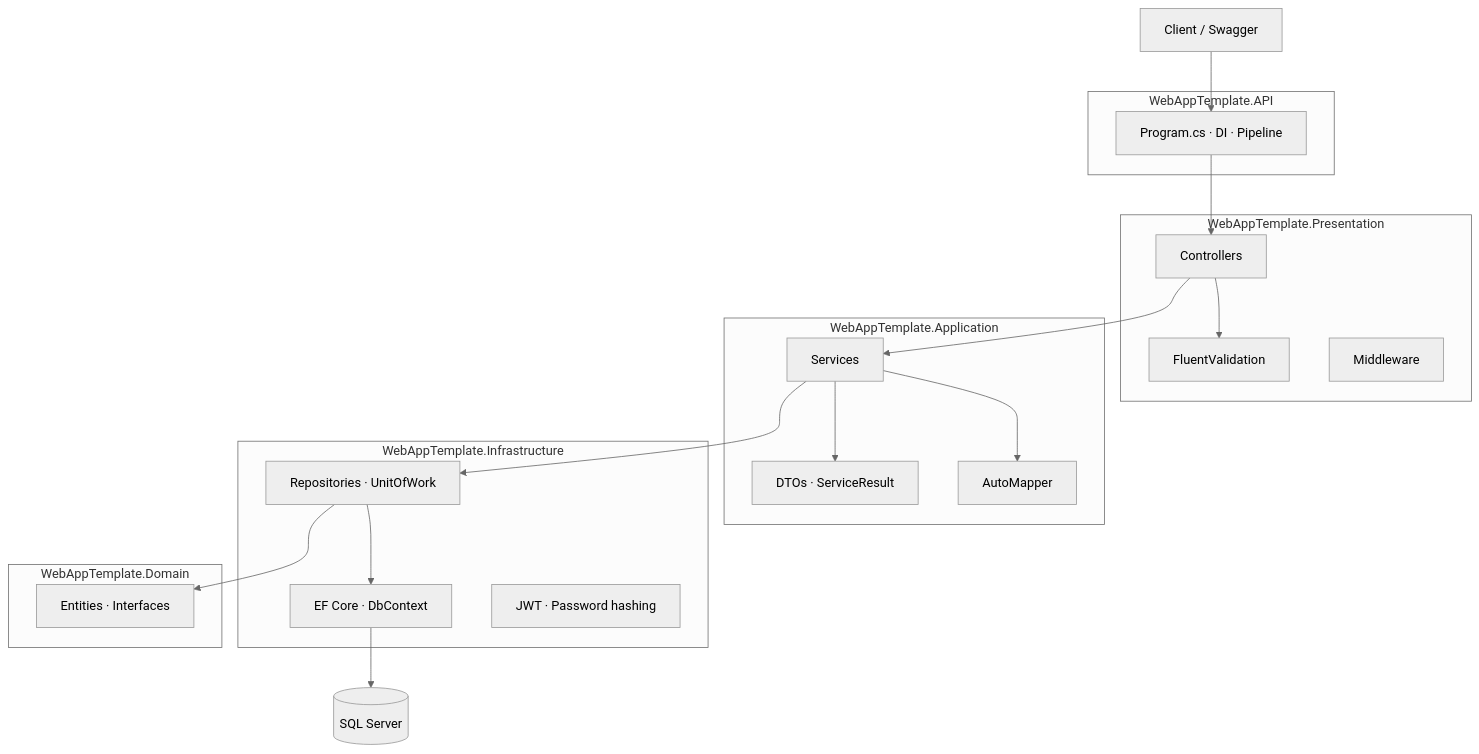
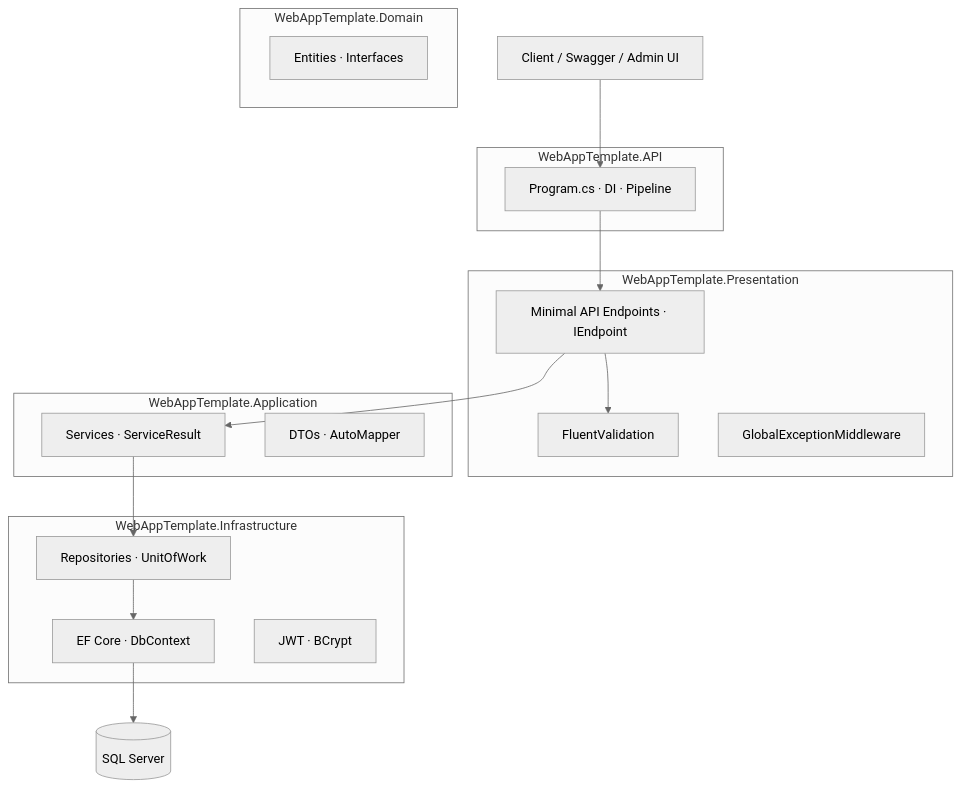
The diagram in README.md (bilalkhan190/WebAppTemplate), drawn with Mermaid (neutral theme) before and after one commit. The commit also changed other lines of this file and 52 other files, not shown here.

````diff
--- a/README.md
+++ b/README.md
@@ -28,43 +33,39 @@
 ```mermaid
 flowchart TB
-    Client["Client / Swagger"]
+    Client["Client / Swagger / Admin UI"]
 
     subgraph API["WebAppTemplate.API"]
         Program["Program.cs · DI · Pipeline"]
     end
 
     subgraph Presentation["WebAppTemplate.Presentation"]
-        Controllers["Controllers"]
+        Endpoints["Minimal API Endpoints · IEndpoint"]
         Validators["FluentValidation"]
-        Middleware["Middleware"]
+        Middleware["GlobalExceptionMiddleware"]
     end
 
     subgraph Application["WebAppTemplate.Application"]
-        Services["Services"]
-        DTOs["DTOs · ServiceResult"]
-        Mapper["AutoMapper"]
+        Services["Services · ServiceResult"]
+        DTOs["DTOs · AutoMapper"]
     end
 
     subgraph Infrastructure["WebAppTemplate.Infrastructure"]
         EF["EF Core · DbContext"]
         Repos["Repositories · UnitOfWork"]
-        Auth["JWT · Password hashing"]
+        Auth["JWT · BCrypt"]
     end
 
     subgraph Domain["WebAppTemplate.Domain"]
         Entities["Entities · Interfaces"]
     end
 
     DB[("SQL Server")]
 
     Client --> Program
-    Program --> Controllers
-    Controllers --> Validators
-    Controllers --> Services
+    Program --> Endpoints
+    Endpoints --> Validators
+    Endpoints --> Services
     Services --> Repos
     Repos --> EF
     EF --> DB
-    Services --> Mapper
-    Services --> DTOs
-    Repos --> Entities
 ```
````
